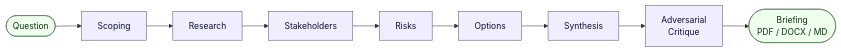
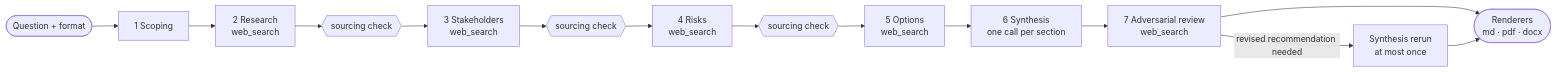
One commit to matteogallo-ai/praxis changed the diagram in README.md. Above: the diagram before and after it, drawn with Mermaid. The commit also changed other lines of this file, not shown here.

````diff
--- a/README.md
+++ b/README.md
@@ -21,16 +29,16 @@
 ```mermaid
 flowchart LR
-    Q([Question]) --> S1[Scoping]
-    S1 --> S2[Research]
-    S2 --> S3[Stakeholders]
-    S3 --> S4[Risks]
-    S4 --> S5[Options]
-    S5 --> S6[Synthesis]
-    S6 --> S7[Adversarial<br/>Critique]
-    S7 --> R([Briefing<br/>PDF / DOCX / MD])
-
-    classDef agent fill:#eef,stroke:#557,stroke-width:1px,color:#113;
-    classDef io fill:#efe,stroke:#575,stroke-width:1px,color:#131;
-    class S1,S2,S3,S4,S5,S6,S7 agent;
-    class Q,R io;
+    Q([Question + format]) --> S1[1 Scoping]
+    S1 --> S2[2 Research<br/>web_search]
+    S2 --> V2{{sourcing check}}
+    V2 --> S3[3 Stakeholders<br/>web_search]
+    S3 --> V3{{sourcing check}}
+    V3 --> S4[4 Risks<br/>web_search]
+    S4 --> V4{{sourcing check}}
+    V4 --> S5[5 Options<br/>web_search]
+    S5 --> S6[6 Synthesis<br/>one call per section]
+    S6 --> S7[7 Adversarial review<br/>web_search]
+    S7 -- revised recommendation needed --> S6b[Synthesis rerun<br/>at most once]
+    S7 --> R([Renderers<br/>md · pdf · docx])
+    S6b --> R
 ```
````
